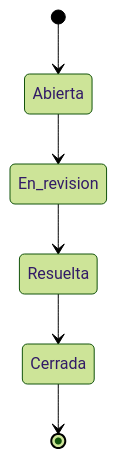
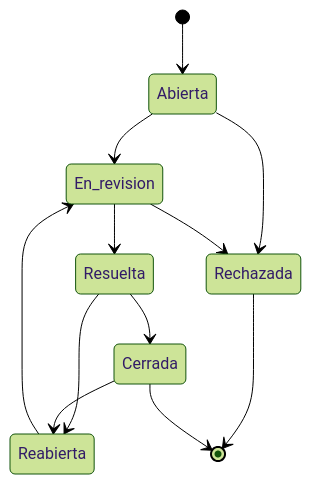
The sixth of 6 diagrams in docs/architecture.md (JANUEVE5/UrbanPulse), drawn with Mermaid (forest theme) before and after one commit. The commit also changed other lines of this file and 8 other files, not shown here.

````diff
--- a/docs/architecture.md
+++ b/docs/architecture.md
@@ -264,8 +264,14 @@
 ```mermaid
 stateDiagram-v2
     [*] --> Abierta
     Abierta --> En_revision
+    Abierta --> Rechazada
     En_revision --> Resuelta
+    En_revision --> Rechazada
     Resuelta --> Cerrada
+    Resuelta --> Reabierta
+    Cerrada --> Reabierta
+    Reabierta --> En_revision
+    Rechazada --> [*]
     Cerrada --> [*]
 ```
````
